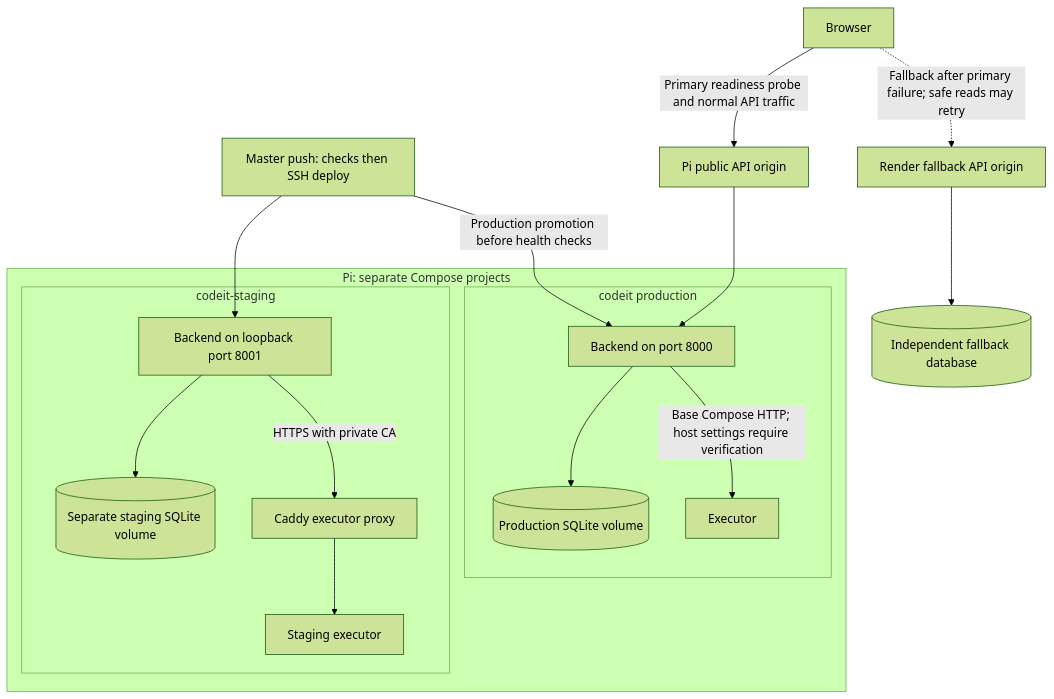
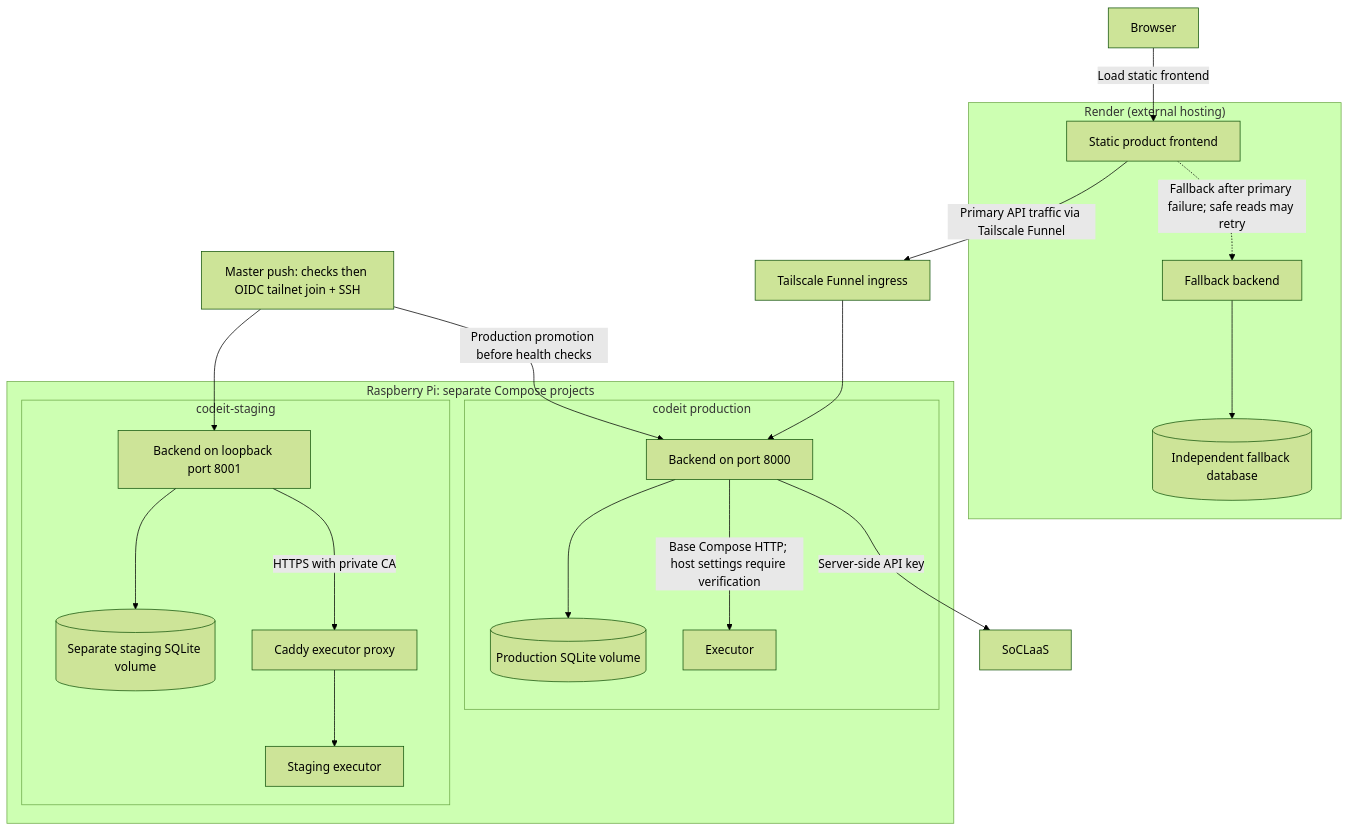
One commit to CS3227-2610-MP4-CodeIt/CS3227-2610-MP4 changed the third of 3 diagrams in docs/DeveloperGuide.md. Above: the diagram before and after it, drawn with Mermaid (forest theme). The commit also changed other lines of this file, not shown here.

````diff
--- a/docs/DeveloperGuide.md
+++ b/docs/DeveloperGuide.md
@@ -320,20 +382,26 @@
 ```mermaid
 flowchart TB
-    Browser[Browser] -->|Primary readiness probe and normal API traffic| Primary[Pi public API origin]
-    Browser -.->|"Fallback after primary failure; safe reads may retry"| Backup[Render fallback API origin]
-    Primary --> ProdAPI
-    Backup --> BackupDB[(Independent fallback database)]
-    subgraph Pi["Pi: separate Compose projects"]
+    Browser[Browser]
+    subgraph Render["Render (external hosting)"]
+        FE[Static product frontend]
+        Backup[Fallback backend] --> BackupDB[(Independent fallback database)]
+    end
+    Browser -->|Load static frontend| FE
+    FE -->|"Primary API traffic via Tailscale Funnel"| Funnel[Tailscale Funnel ingress]
+    FE -.->|"Fallback after primary failure; safe reads may retry"| Backup
+    Funnel --> ProdAPI
+    subgraph Pi["Raspberry Pi: separate Compose projects"]
         subgraph Production[codeit production]
             ProdAPI[Backend on port 8000] --> ProdDB[(Production SQLite volume)]
             ProdAPI -->|"Base Compose HTTP; host settings require verification"| ProdExec[Executor]
         end
         subgraph Staging[codeit-staging]
             StageAPI[Backend on loopback port 8001] --> StageDB[(Separate staging SQLite volume)]
             StageAPI -->|HTTPS with private CA| Proxy[Caddy executor proxy]
             Proxy --> StageExec[Staging executor]
         end
     end
-    Actions[Master push: checks then SSH deploy] --> StageAPI
+    ProdAPI -->|Server-side API key| SoCLaaS[SoCLaaS]
+    Actions[Master push: checks then OIDC tailnet join + SSH] --> StageAPI
     Actions -->|Production promotion before health checks| ProdAPI
 ```
````
